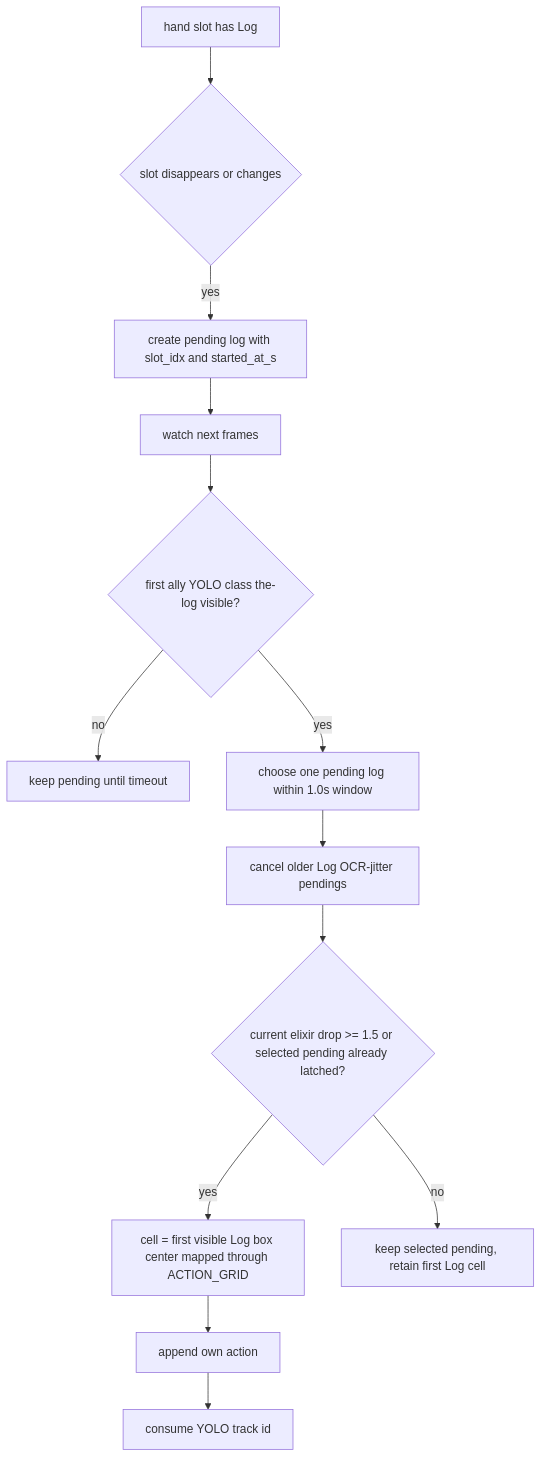
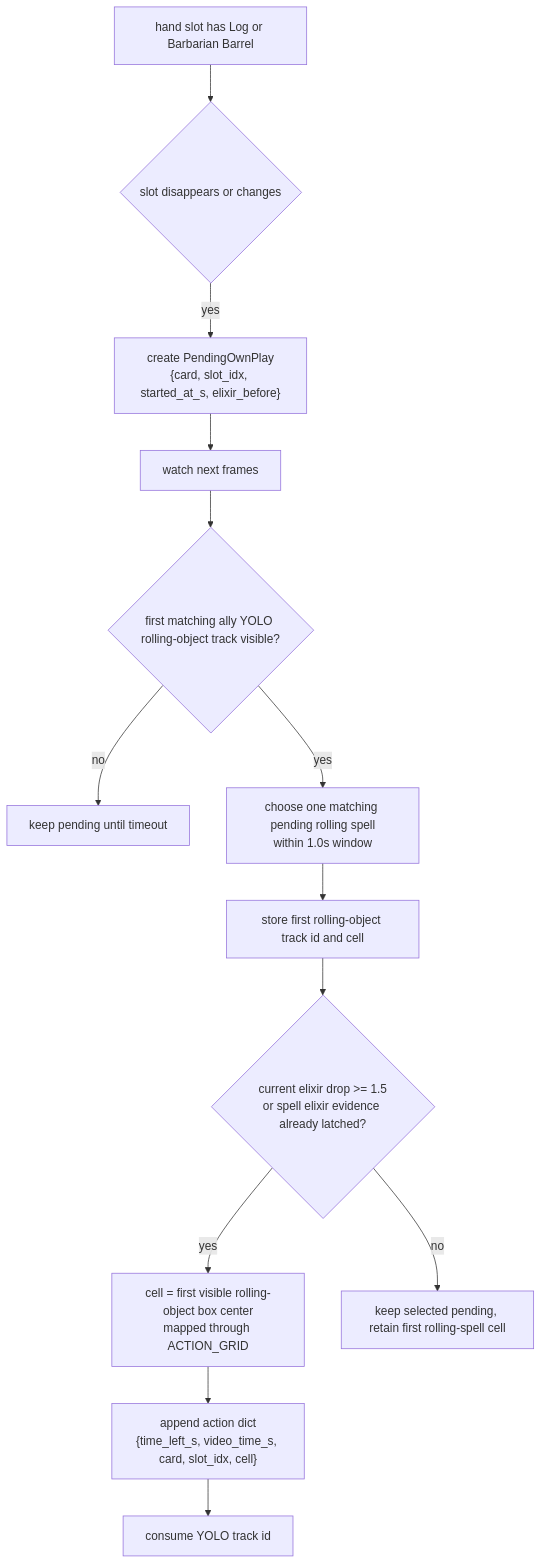
The sixth of 17 diagrams in docs/flowcharts.md (Keschler/cr-bot), drawn with Mermaid before and after one commit. The commit also changed other lines of this file, not shown here.

Commit message:
Document own action detection flow

````diff
--- a/docs/flowcharts.md
+++ b/docs/flowcharts.md
@@ -177,15 +241,15 @@
 ```mermaid
 flowchart TD
-    A["hand slot has Log"] --> B{"slot disappears or changes"}
-    B -->|"yes"| C["create pending log with slot_idx and started_at_s"]
+    A["hand slot has Log or Barbarian Barrel"] --> B{"slot disappears or changes"}
+    B -->|"yes"| C["create PendingOwnPlay<br/>{card, slot_idx, started_at_s, elixir_before}"]
     C --> D["watch next frames"]
-    D --> E{"first ally YOLO class the-log visible?"}
+    D --> E{"first matching ally YOLO rolling-object track visible?"}
     E -->|"no"| F["keep pending until timeout"]
-    E -->|"yes"| G["choose one pending log within 1.0s window"]
-    G --> H["cancel older Log OCR-jitter pendings"]
-    H --> I{"current elixir drop >= 1.5 or selected pending already latched?"}
-    I -->|"yes"| J["cell = first visible Log box center mapped through ACTION_GRID"]
-    J --> K["append own action"]
+    E -->|"yes"| G["choose one matching pending rolling spell<br/>within 1.0s window"]
+    G --> H["store first rolling-object track id and cell"]
+    H --> I{"current elixir drop >= 1.5<br/>or spell elixir evidence already latched?"}
+    I -->|"yes"| J["cell = first visible rolling-object box center<br/>mapped through ACTION_GRID"]
+    J --> K["append action dict<br/>{time_left_s, video_time_s, card, slot_idx, cell}"]
     K --> L["consume YOLO track id"]
-    I -->|"no"| M["keep selected pending, retain first Log cell"]
+    I -->|"no"| M["keep selected pending, retain first rolling-spell cell"]
 ```
````
